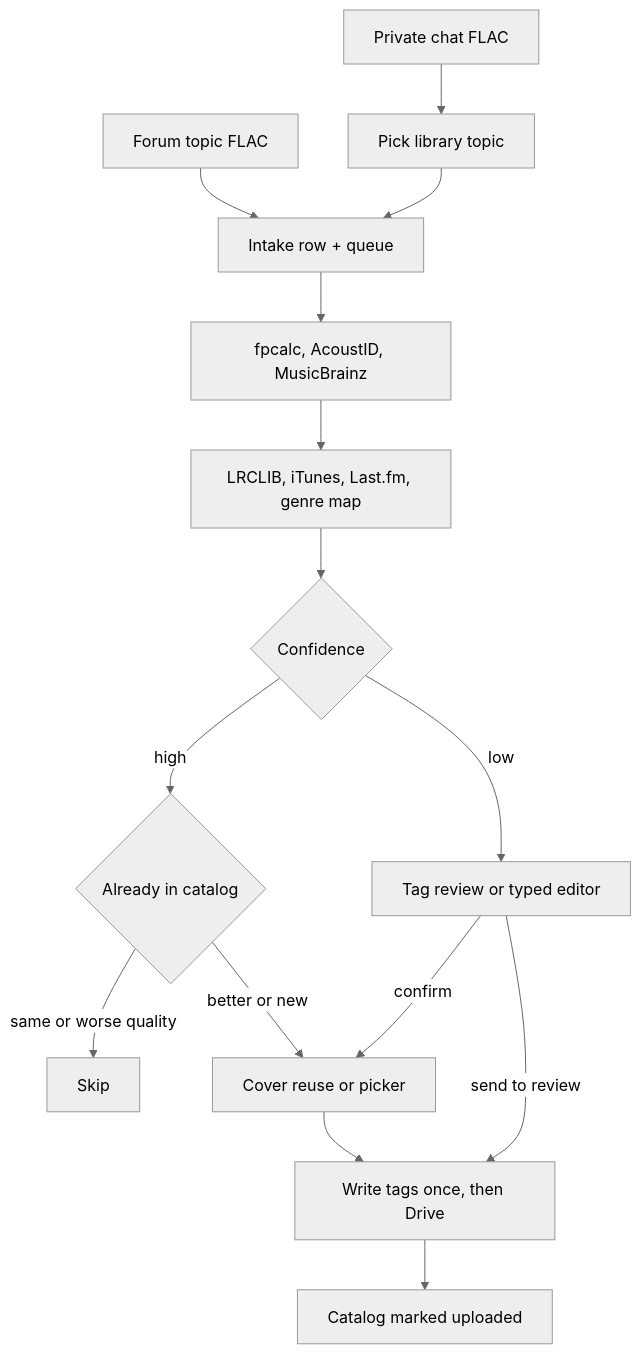
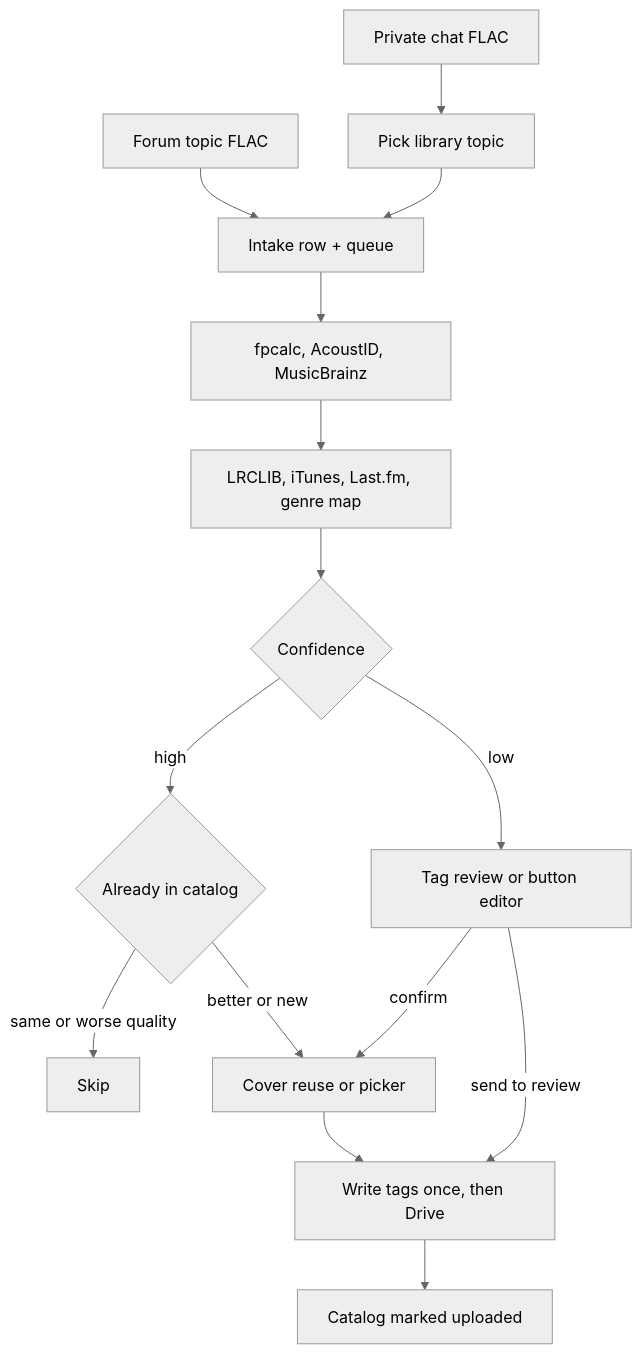
Before and after one commit to AVJefferson/meta-music-telegram-bot: the first of 2 diagrams in README.md, drawn with Mermaid (neutral theme). The commit also changed other lines of this file and 12 other files, not shown here.

````diff
--- a/README.md
+++ b/README.md
@@ -67,17 +68,17 @@
 ```mermaid
 flowchart TD
     Forum[Forum topic FLAC] --> Intake
     DM[Private chat FLAC] --> TopicPick[Pick library topic]
     TopicPick --> Intake
     Intake[Intake row + queue] --> Identify
     Identify[fpcalc, AcoustID, MusicBrainz] --> Enrich
     Enrich[LRCLIB, iTunes, Last.fm, genre map] --> Confidence{Confidence}
     Confidence -->|high| Dedup{Already in catalog}
-    Confidence -->|low| Review[Tag review or typed editor]
+    Confidence -->|low| Review[Tag review or button editor]
     Dedup -->|"same or worse quality"| Skip[Skip]
     Dedup -->|"better or new"| Cover
     Review -->|confirm| Cover
     Review -->|send to review| Upload
     Cover[Cover reuse or picker] --> Upload
     Upload[Write tags once, then Drive] --> Done[Catalog marked uploaded]
 ```
````
